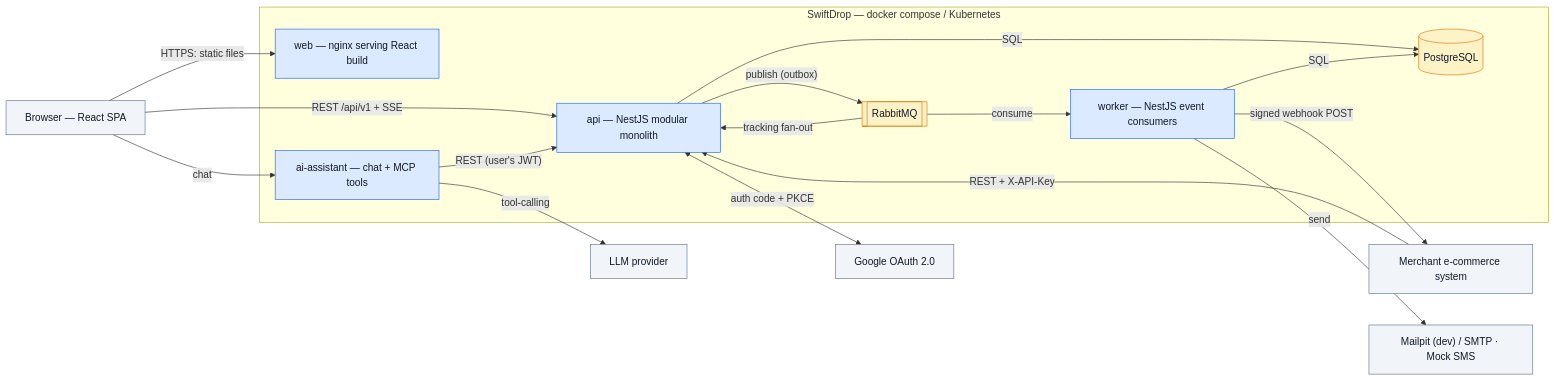
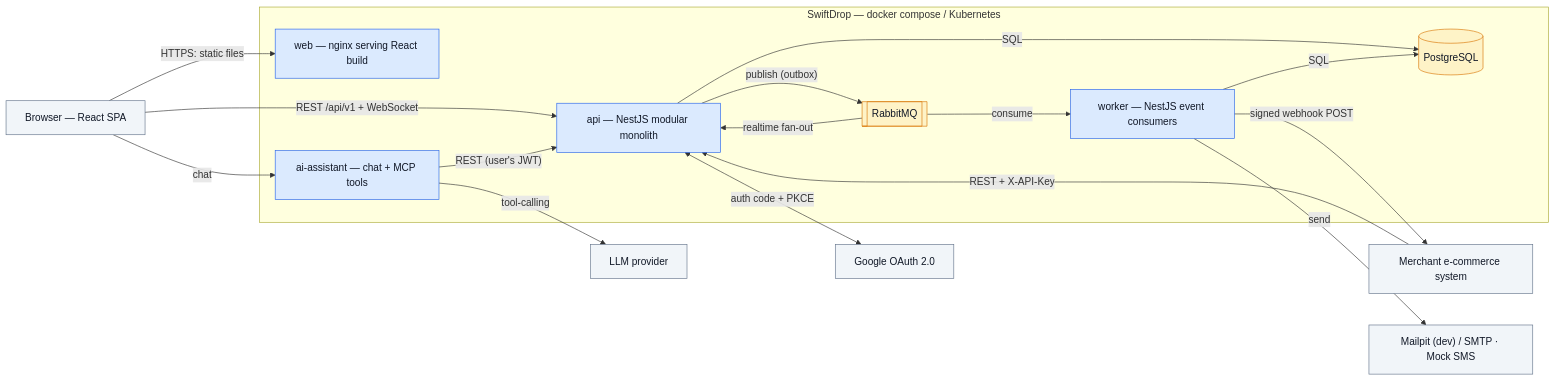
Before and after one commit to dilshanmolligoda/SwiftDrop: the second of 6 diagrams in ARCHITECTURE.md, drawn with Mermaid. The commit also changed other lines of this file and 19 other files, not shown here.

````diff
--- a/ARCHITECTURE.md
+++ b/ARCHITECTURE.md
@@ -109,42 +109,42 @@
 ```mermaid
 flowchart LR
     Browser["Browser — React SPA"]
     Store["Merchant e-commerce system"]
 
     subgraph Platform["SwiftDrop — docker compose / Kubernetes"]
         Web["web — nginx serving React build"]
         API["api — NestJS modular monolith"]
         Worker["worker — NestJS event consumers"]
         AI["ai-assistant — chat + MCP tools"]
         PG[("PostgreSQL")]
         MQ[["RabbitMQ"]]
     end
 
     Google["Google OAuth 2.0"]
     Mail["Mailpit (dev) / SMTP · Mock SMS"]
     LLM["LLM provider"]
 
     Browser -->|"HTTPS: static files"| Web
-    Browser -->|"REST /api/v1 + SSE"| API
+    Browser -->|"REST /api/v1 + WebSocket"| API
     Browser -->|"chat"| AI
     Store -->|"REST + X-API-Key"| API
 
     API -->|"SQL"| PG
     API -->|"publish (outbox)"| MQ
-    MQ -->|"tracking fan-out"| API
+    MQ -->|"realtime fan-out"| API
     MQ -->|"consume"| Worker
     Worker -->|"SQL"| PG
     Worker -->|"send"| Mail
     Worker -->|"signed webhook POST"| Store
 
     API <-->|"auth code + PKCE"| Google
     AI -->|"REST (user's JWT)"| API
     AI -->|"tool-calling"| LLM
 
     classDef svc fill:#dbeafe,stroke:#2563eb,color:#111827
     classDef data fill:#fef3c7,stroke:#d97706,color:#111827
     classDef ext fill:#f1f5f9,stroke:#64748b,color:#111827
     class Web,API,Worker,AI svc
     class PG,MQ data
     class Browser,Store,Google,Mail,LLM ext
 ```
````
